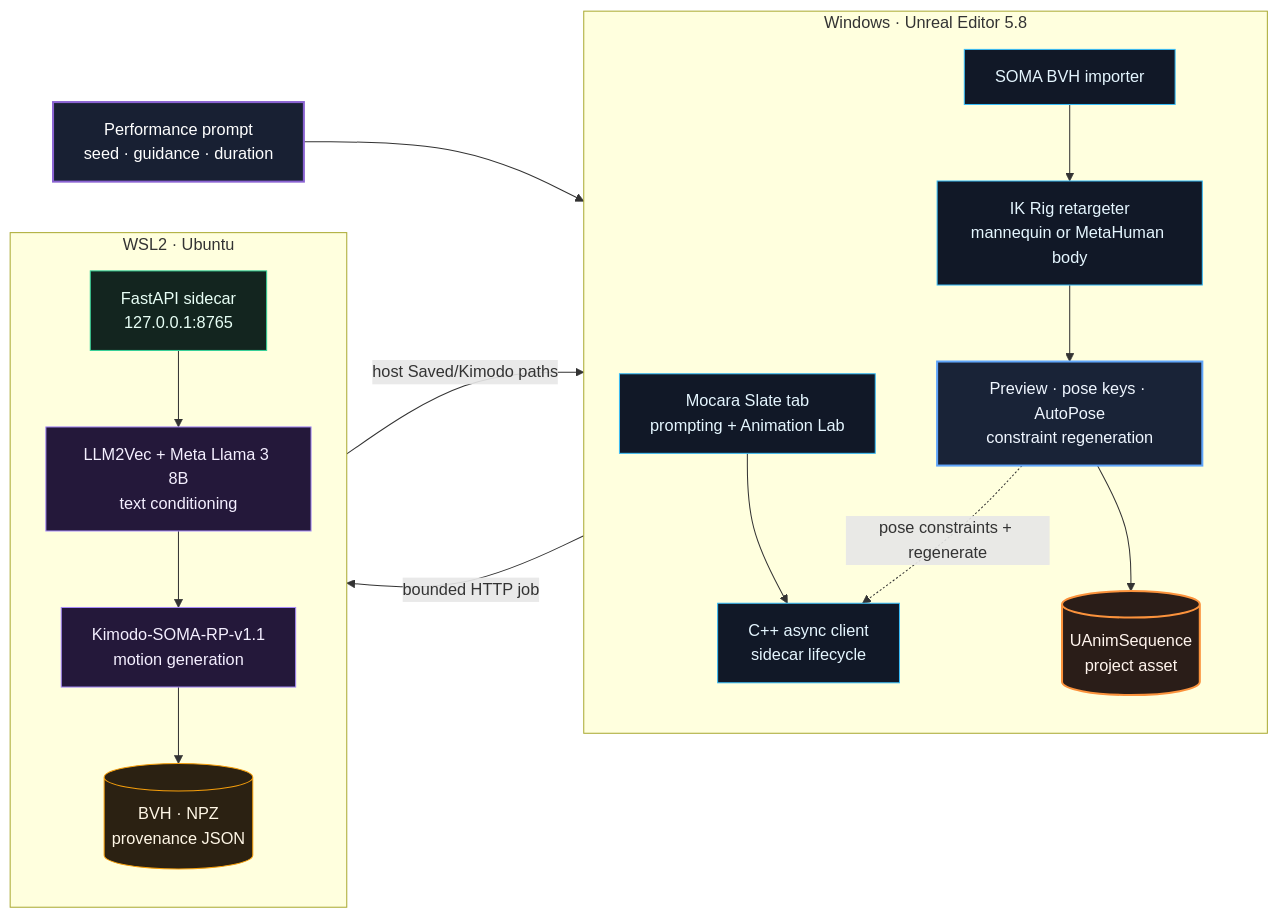
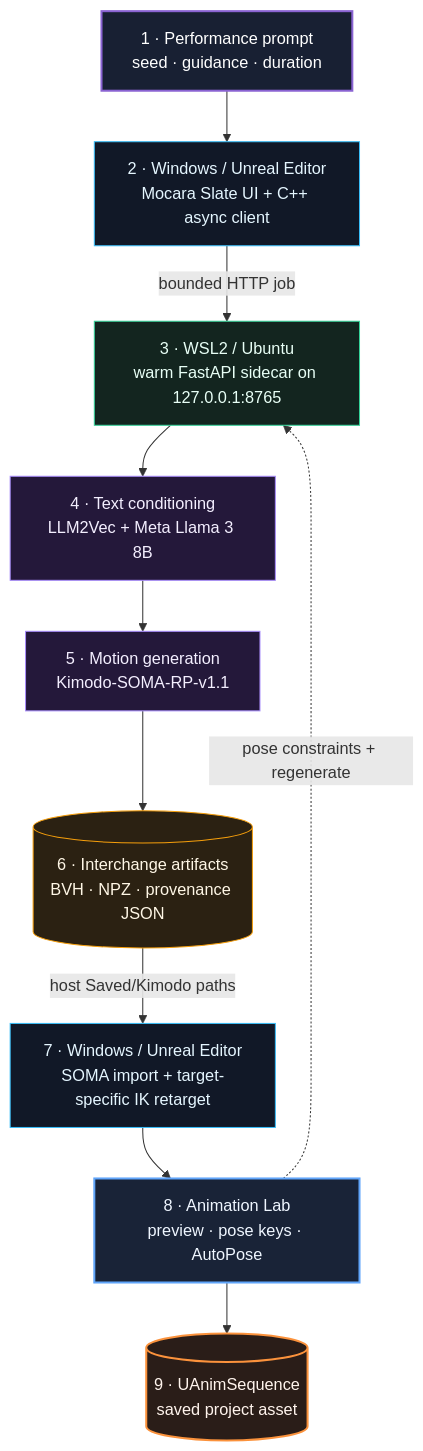
The diagram in README.md (Conalh/Mocara-Unreal), drawn with Mermaid before and after one commit.

Commit message:
docs: make architecture flow readable
Use a numbered vertical pipeline so GitHub does not shrink the component labels at normal README width.

````diff
--- a/README.md
+++ b/README.md
@@ -58,40 +58,27 @@
 ```mermaid
-flowchart LR
-    Input["Performance prompt<br/>seed · guidance · duration"]:::input
+flowchart TB
+    Input["1 · Performance prompt<br/>seed · guidance · duration"]:::input
+    Author["2 · Windows / Unreal Editor<br/>Mocara Slate UI + C++ async client"]:::unreal
+    Service["3 · WSL2 / Ubuntu<br/>warm FastAPI sidecar on 127.0.0.1:8765"]:::sidecar
+    Text["4 · Text conditioning<br/>LLM2Vec + Meta Llama 3 8B"]:::model
+    Motion["5 · Motion generation<br/>Kimodo-SOMA-RP-v1.1"]:::model
+    Files[("6 · Interchange artifacts<br/>BVH · NPZ · provenance JSON")]:::artifact
+    Import["7 · Windows / Unreal Editor<br/>SOMA import + target-specific IK retarget"]:::unreal
+    Lab["8 · Animation Lab<br/>preview · pose keys · AutoPose"]:::author
+    Asset[("9 · UAnimSequence<br/>saved project asset")]:::output
 
-    subgraph Unreal["Windows · Unreal Editor 5.8"]
-        direction TB
-        Slate["Mocara Slate tab<br/>prompting + Animation Lab"]:::unreal
-        Client["C++ async client<br/>sidecar lifecycle"]:::unreal
-        Import["SOMA BVH importer"]:::unreal
-        Retarget["IK Rig retargeter<br/>mannequin or MetaHuman body"]:::unreal
-        Lab["Preview · pose keys · AutoPose<br/>constraint regeneration"]:::author
-        Asset[("UAnimSequence<br/>project asset")]:::output
-
-        Slate --> Client
-        Import --> Retarget --> Lab --> Asset
-    end
-
-    subgraph Linux["WSL2 · Ubuntu"]
-        direction TB
-        API["FastAPI sidecar<br/>127.0.0.1:8765"]:::sidecar
-        Text["LLM2Vec + Meta Llama 3 8B<br/>text conditioning"]:::model
-        Motion["Kimodo-SOMA-RP-v1.1<br/>motion generation"]:::model
-        Files[("BVH · NPZ<br/>provenance JSON")]:::artifact
-
-        API --> Text --> Motion --> Files
-    end
-
-    Input --> Slate
-    Client -->|"bounded HTTP job"| API
+    Input --> Author
+    Author -->|"bounded HTTP job"| Service
+    Service --> Text --> Motion --> Files
     Files -->|"host Saved/Kimodo paths"| Import
-    Lab -. "pose constraints + regenerate" .-> Client
+    Import --> Lab --> Asset
+    Lab -. "pose constraints + regenerate" .-> Service
 
     classDef input fill:#182033,stroke:#8a63d2,color:#ffffff,stroke-width:2px
     classDef unreal fill:#111827,stroke:#38bdf8,color:#e5f6ff
     classDef sidecar fill:#13251f,stroke:#34d399,color:#e8fff6
     classDef model fill:#24183a,stroke:#a78bfa,color:#f4efff
     classDef artifact fill:#2b2112,stroke:#f59e0b,color:#fff7e6
     classDef author fill:#192337,stroke:#60a5fa,color:#eff6ff,stroke-width:2px
     classDef output fill:#2a1d18,stroke:#fb923c,color:#fff4ed,stroke-width:2px
 ```
````
